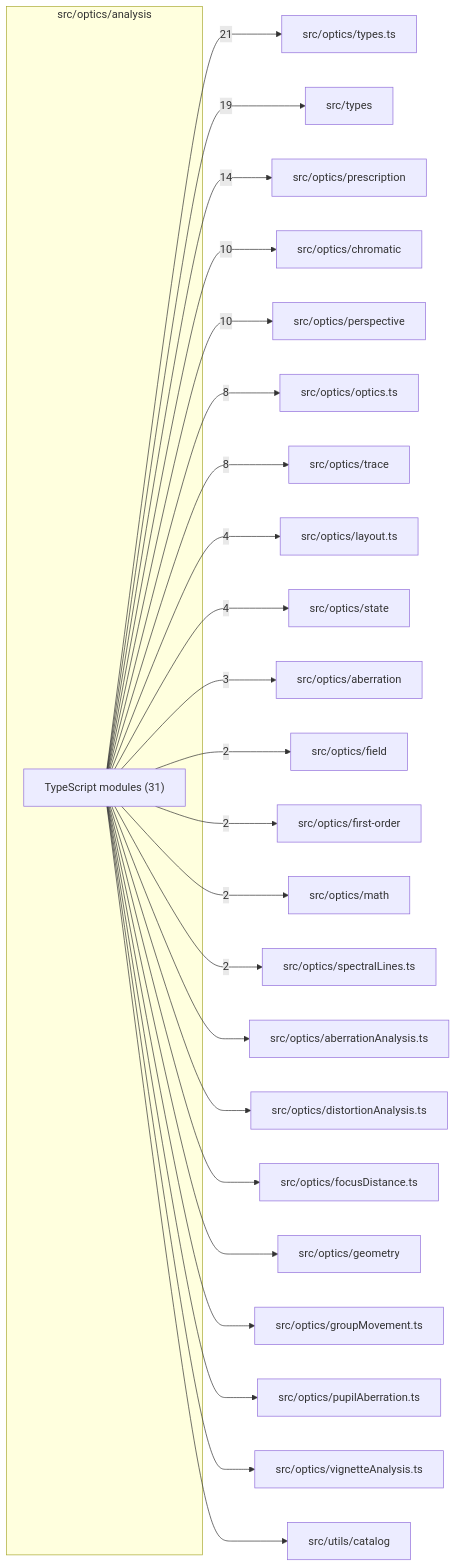
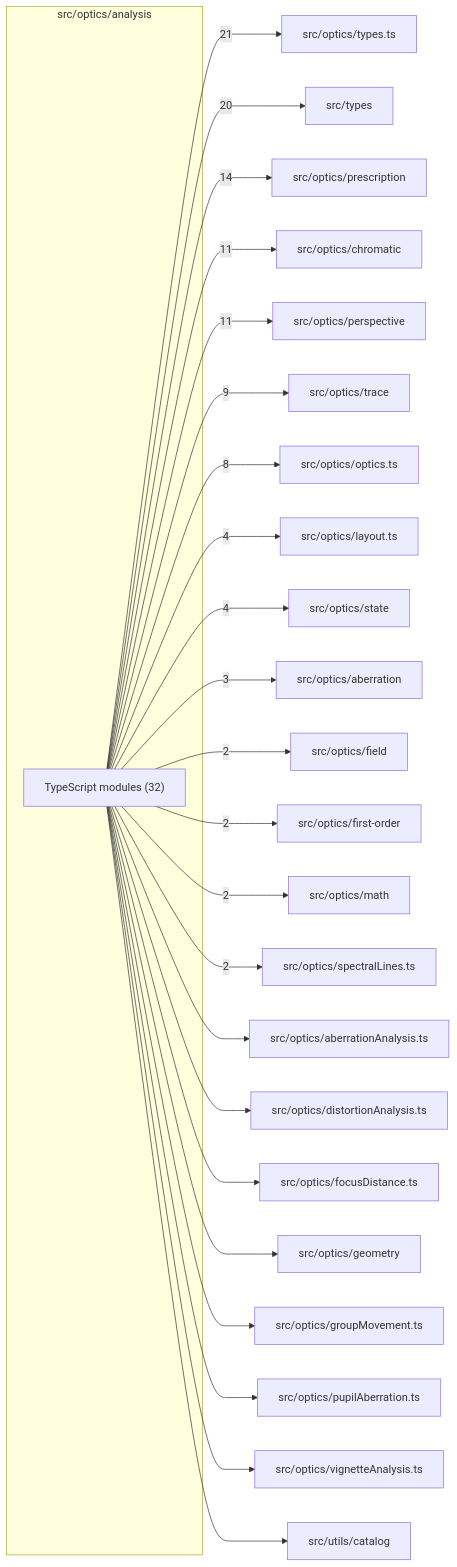
Before and after one commit to ronbuening/LensVisualizer: the diagram in src/optics/analysis/readme.md, drawn with Mermaid. The commit also changed other lines of this file and 15 other files, not shown here.

````diff
--- a/src/optics/analysis/readme.md
+++ b/src/optics/analysis/readme.md
@@ -9,50 +9,50 @@
 ```mermaid
 flowchart LR
   subgraph n_src_optics_analysis["src/optics/analysis"]
-    n_src_optics_analysis_TypeScript_modules["TypeScript modules (31)"]
+    n_src_optics_analysis_TypeScript_modules["TypeScript modules (32)"]
   end
   n_external_src_optics_types_ts["src/optics/types.ts"]
   n_external_src_types["src/types"]
   n_external_src_optics_prescription["src/optics/prescription"]
   n_external_src_optics_chromatic["src/optics/chromatic"]
   n_external_src_optics_perspective["src/optics/perspective"]
+  n_external_src_optics_trace["src/optics/trace"]
   n_external_src_optics_optics_ts["src/optics/optics.ts"]
-  n_external_src_optics_trace["src/optics/trace"]
   n_external_src_optics_layout_ts["src/optics/layout.ts"]
   n_external_src_optics_state["src/optics/state"]
   n_external_src_optics_aberration["src/optics/aberration"]
   n_external_src_optics_field["src/optics/field"]
   n_external_src_optics_first_order["src/optics/first-order"]
   n_external_src_optics_math["src/optics/math"]
   n_external_src_optics_spectralLines_ts["src/optics/spectralLines.ts"]
   n_external_src_optics_aberrationAnalysis_ts["src/optics/aberrationAnalysis.ts"]
   n_external_src_optics_distortionAnalysis_ts["src/optics/distortionAnalysis.ts"]
   n_external_src_optics_focusDistance_ts["src/optics/focusDistance.ts"]
   n_external_src_optics_geometry["src/optics/geometry"]
   n_external_src_optics_groupMovement_ts["src/optics/groupMovement.ts"]
   n_external_src_optics_pupilAberration_ts["src/optics/pupilAberration.ts"]
   n_external_src_optics_vignetteAnalysis_ts["src/optics/vignetteAnalysis.ts"]
   n_external_src_utils_catalog["src/utils/catalog"]
   n_src_optics_analysis_TypeScript_modules --> |21| n_external_src_optics_types_ts
-  n_src_optics_analysis_TypeScript_modules --> |19| n_external_src_types
+  n_src_optics_analysis_TypeScript_modules --> |20| n_external_src_types
   n_src_optics_analysis_TypeScript_modules --> |14| n_external_src_optics_prescription
-  n_src_optics_analysis_TypeScript_modules --> |10| n_external_src_optics_chromatic
-  n_src_optics_analysis_TypeScript_modules --> |10| n_external_src_optics_perspective
+  n_src_optics_analysis_TypeScript_modules --> |11| n_external_src_optics_chromatic
+  n_src_optics_analysis_TypeScript_modules --> |11| n_external_src_optics_perspective
+  n_src_optics_analysis_TypeScript_modules --> |9| n_external_src_optics_trace
   n_src_optics_analysis_TypeScript_modules --> |8| n_external_src_optics_optics_ts
-  n_src_optics_analysis_TypeScript_modules --> |8| n_external_src_optics_trace
   n_src_optics_analysis_TypeScript_modules --> |4| n_external_src_optics_layout_ts
   n_src_optics_analysis_TypeScript_modules --> |4| n_external_src_optics_state
   n_src_optics_analysis_TypeScript_modules --> |3| n_external_src_optics_aberration
   n_src_optics_analysis_TypeScript_modules --> |2| n_external_src_optics_field
   n_src_optics_analysis_TypeScript_modules --> |2| n_external_src_optics_first_order
   n_src_optics_analysis_TypeScript_modules --> |2| n_external_src_optics_math
   n_src_optics_analysis_TypeScript_modules --> |2| n_external_src_optics_spectralLines_ts
   n_src_optics_analysis_TypeScript_modules --> n_external_src_optics_aberrationAnalysis_ts
   n_src_optics_analysis_TypeScript_modules --> n_external_src_optics_distortionAnalysis_ts
   n_src_optics_analysis_TypeScript_modules --> n_external_src_optics_focusDistance_ts
   n_src_optics_analysis_TypeScript_modules --> n_external_src_optics_geometry
   n_src_optics_analysis_TypeScript_modules --> n_external_src_optics_groupMovement_ts
   n_src_optics_analysis_TypeScript_modules --> n_external_src_optics_pupilAberration_ts
   n_src_optics_analysis_TypeScript_modules --> n_external_src_optics_vignetteAnalysis_ts
   n_src_optics_analysis_TypeScript_modules --> n_external_src_utils_catalog
 ```
````
